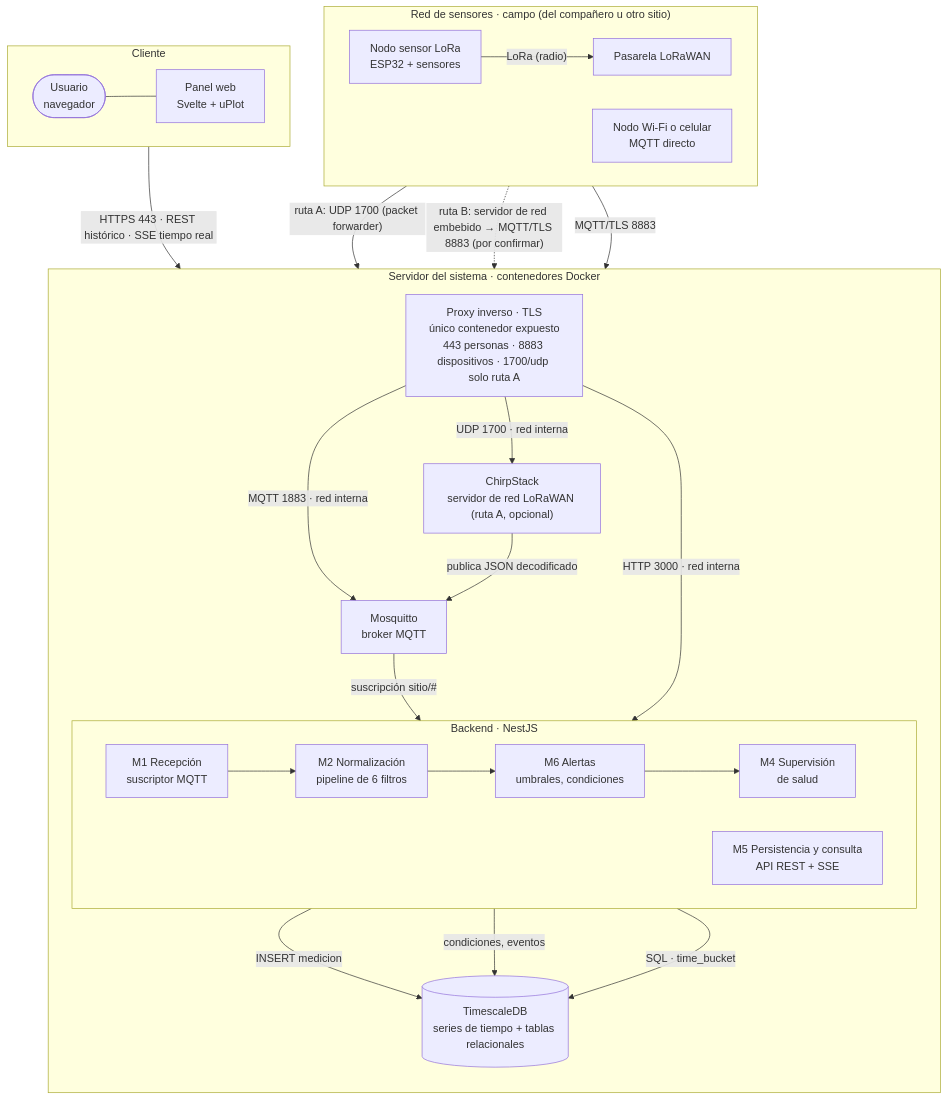
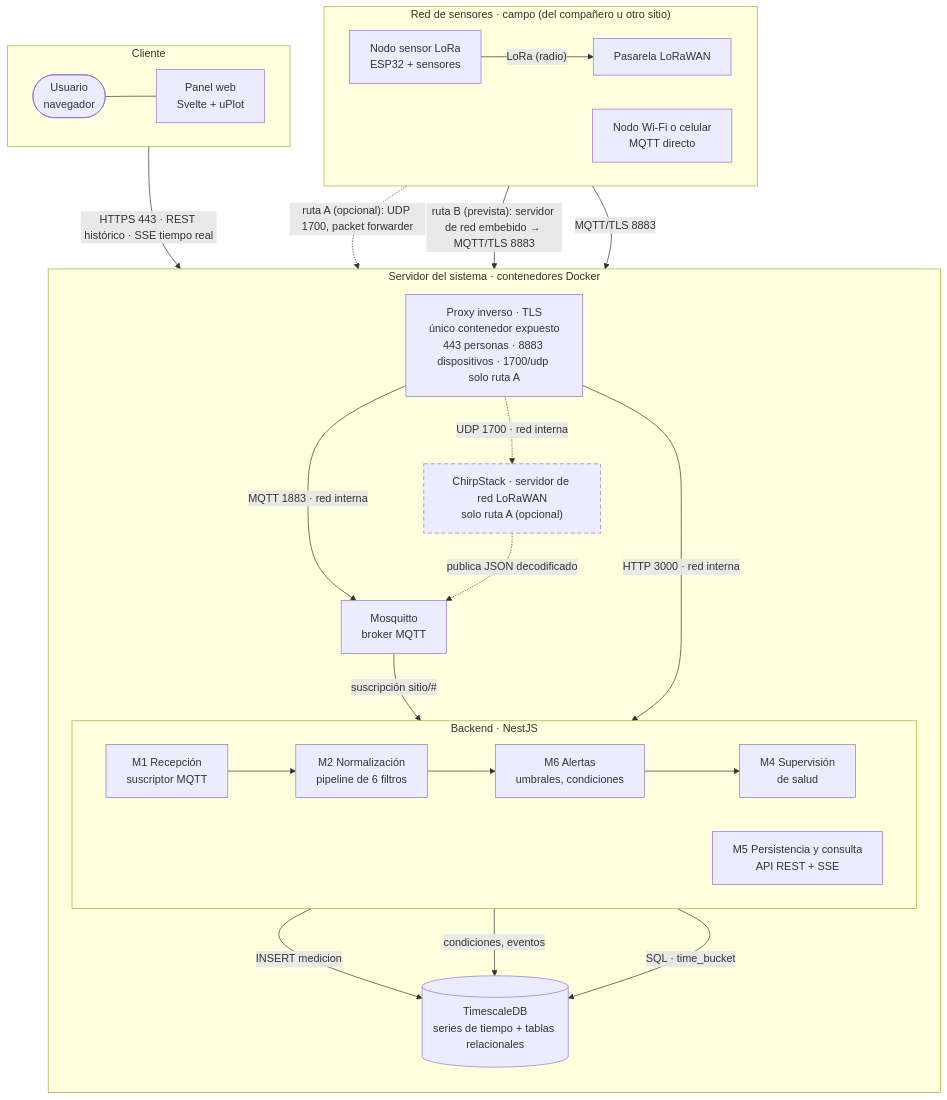
The first of 6 diagrams in docs/10-arquitectura.md (vicenterami/tesis), drawn with Mermaid before and after one commit. The commit also changed other lines of this file and 25 other files, not shown here.

First line of the commit message:
Deja explícito en el informe y en las figuras que ChirpStack (ruta A) es opcional

````diff
--- a/docs/10-arquitectura.md
+++ b/docs/10-arquitectura.md
@@ -23,40 +25,42 @@
 ```mermaid
 flowchart TB
     subgraph RED["Red de sensores · campo (del compañero u otro sitio)"]
         direction LR
         N1["Nodo sensor LoRa<br/>ESP32 + sensores"] -- "LoRa (radio)" --> GW["Pasarela LoRaWAN"]
         N2["Nodo Wi-Fi o celular<br/>MQTT directo"]
     end
 
     subgraph SRV["Servidor del sistema · contenedores Docker"]
         direction TB
         RP["Proxy inverso · TLS<br/>único contenedor expuesto<br/>443 personas · 8883 dispositivos · 1700/udp solo ruta A"]
-        CS["ChirpStack<br/>servidor de red LoRaWAN (ruta A, opcional)"]
+        CS["ChirpStack · servidor de red LoRaWAN<br/>solo ruta A (opcional)"]
         MQ["Mosquitto<br/>broker MQTT"]
         subgraph BE["Backend · NestJS"]
             direction LR
             M1["M1 Recepción<br/>suscriptor MQTT"] --> M2["M2 Normalización<br/>pipeline de 6 filtros"]
             M2 --> M6["M6 Alertas<br/>umbrales, condiciones"] --> M4["M4 Supervisión<br/>de salud"]
             M5["M5 Persistencia y consulta<br/>API REST + SSE"]
         end
         DB[("TimescaleDB<br/>series de tiempo + tablas relacionales")]
     end
 
     subgraph CLI["Cliente"]
         direction LR
         U(["Usuario<br/>navegador"]) --- FE["Panel web<br/>Svelte + uPlot"]
     end
 
-    GW -- "ruta A: UDP 1700 (packet forwarder)" --> RP
-    GW -. "ruta B: servidor de red embebido → MQTT/TLS 8883 (por confirmar)" .-> RP
+    GW -. "ruta A (opcional): UDP 1700, packet forwarder" .-> RP
+    GW -- "ruta B (prevista): servidor de red embebido → MQTT/TLS 8883" --> RP
     N2 -- "MQTT/TLS 8883" --> RP
-    RP -- "UDP 1700 · red interna" --> CS
+    RP -. "UDP 1700 · red interna" .-> CS
     RP -- "MQTT 1883 · red interna" --> MQ
-    CS -- "publica JSON decodificado" --> MQ
+    CS -. "publica JSON decodificado" .-> MQ
     MQ -- "suscripción sitio/#" --> M1
     M2 -- "INSERT medicion" --> DB
     M6 -- "condiciones, eventos" --> DB
     M5 -- "SQL · time_bucket" --> DB
     FE -- "HTTPS 443 · REST histórico · SSE tiempo real" --> RP
     RP -- "HTTP 3000 · red interna" --> M5
+    classDef opcional stroke-dasharray:6 4
+    class CS opcional
 ```
````
